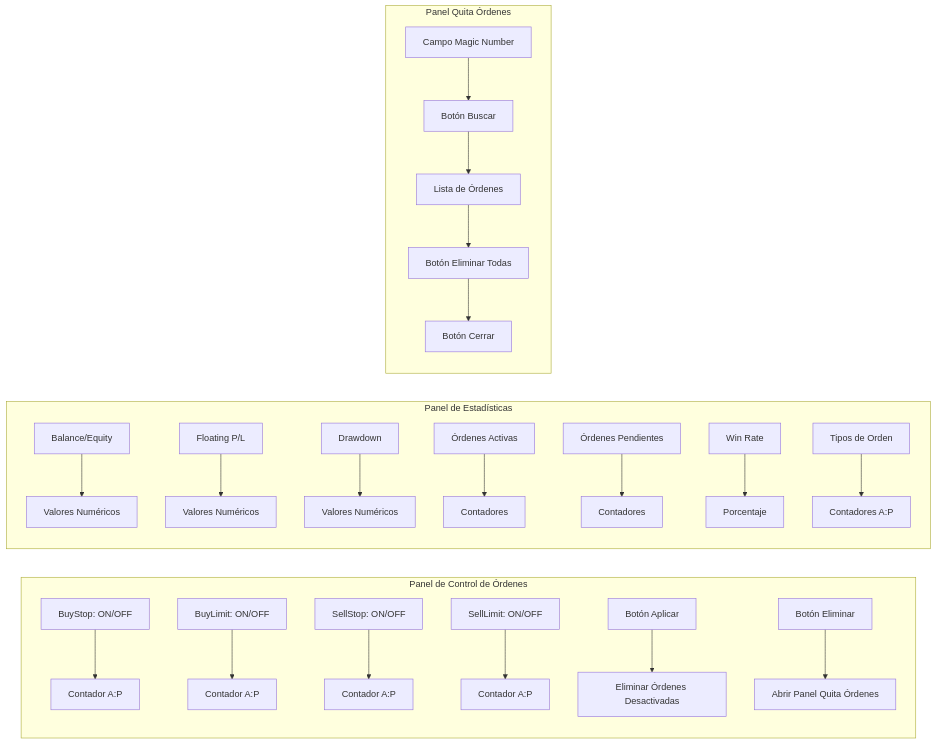
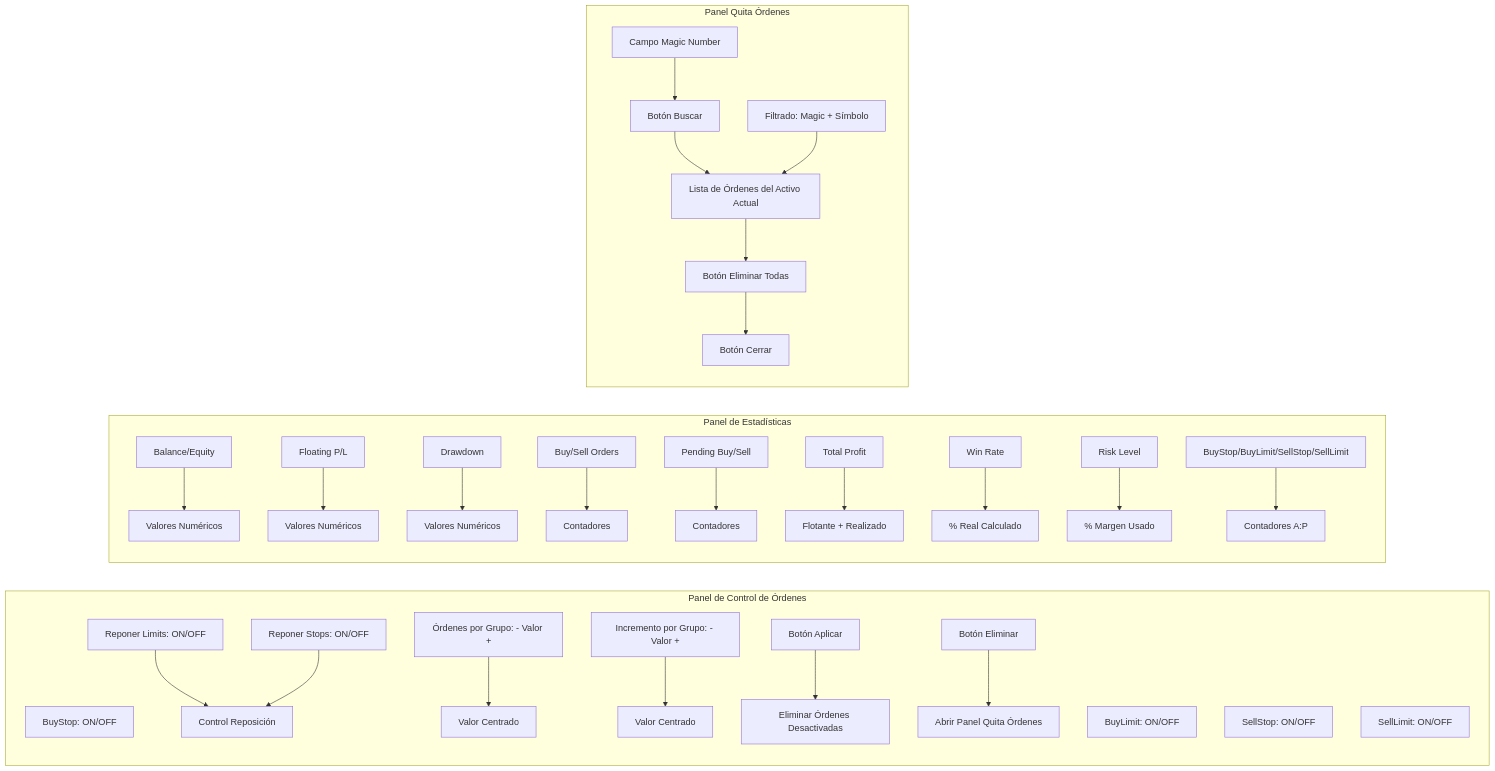
One commit to MarxMad/Algorithm_Trading_MT5_Dejavu changed the third of 6 diagrams in README.md. Above: the diagram before and after it, drawn with Mermaid. The commit also changed other lines of this file and 2 other files, not shown here.

````diff
--- a/README.md
+++ b/README.md
@@ -101,28 +105,35 @@
 ```mermaid
 graph LR
     subgraph "Panel de Control de Órdenes"
-        A1[BuyStop: ON/OFF] --> A2[Contador A:P]
-        B1[BuyLimit: ON/OFF] --> B2[Contador A:P]
-        C1[SellStop: ON/OFF] --> C2[Contador A:P]
-        D1[SellLimit: ON/OFF] --> D2[Contador A:P]
+        A1[BuyStop: ON/OFF]
+        B1[BuyLimit: ON/OFF]
+        C1[SellStop: ON/OFF]
+        D1[SellLimit: ON/OFF]
+        R1[Reponer Limits: ON/OFF] --> R2[Control Reposición]
+        R3[Reponer Stops: ON/OFF] --> R2
+        G1[Órdenes por Grupo: - Valor +] --> G2[Valor Centrado]
+        I1[Incremento por Grupo: - Valor +] --> I2[Valor Centrado]
         E1[Botón Aplicar] --> E2[Eliminar Órdenes Desactivadas]
         F1[Botón Eliminar] --> F2[Abrir Panel Quita Órdenes]
     end
     
     subgraph "Panel de Estadísticas"
-        G1[Balance/Equity] --> G2[Valores Numéricos]
-        H1[Floating P/L] --> H2[Valores Numéricos]
-        I1[Drawdown] --> I2[Valores Numéricos]
-        J1[Órdenes Activas] --> J2[Contadores]
-        K1[Órdenes Pendientes] --> K2[Contadores]
-        L1[Win Rate] --> L2[Porcentaje]
-        M1[Tipos de Orden] --> M2[Contadores A:P]
+        S1[Balance/Equity] --> S2[Valores Numéricos]
+        S3[Floating P/L] --> S4[Valores Numéricos]
+        S5[Drawdown] --> S6[Valores Numéricos]
+        S7[Buy/Sell Orders] --> S8[Contadores]
+        S9[Pending Buy/Sell] --> S10[Contadores]
+        S11[Total Profit] --> S12[Flotante + Realizado]
+        S13[Win Rate] --> S14[% Real Calculado]
+        S15[Risk Level] --> S16[% Margen Usado]
+        S17[BuyStop/BuyLimit/SellStop/SellLimit] --> S18[Contadores A:P]
     end
     
     subgraph "Panel Quita Órdenes"
         N1[Campo Magic Number] --> N2[Botón Buscar]
-        N2 --> N3[Lista de Órdenes]
+        N2 --> N3[Lista de Órdenes del Activo Actual]
         N3 --> N4[Botón Eliminar Todas]
         N4 --> N5[Botón Cerrar]
+        N6[Filtrado: Magic + Símbolo] --> N3
     end
 ```
````
